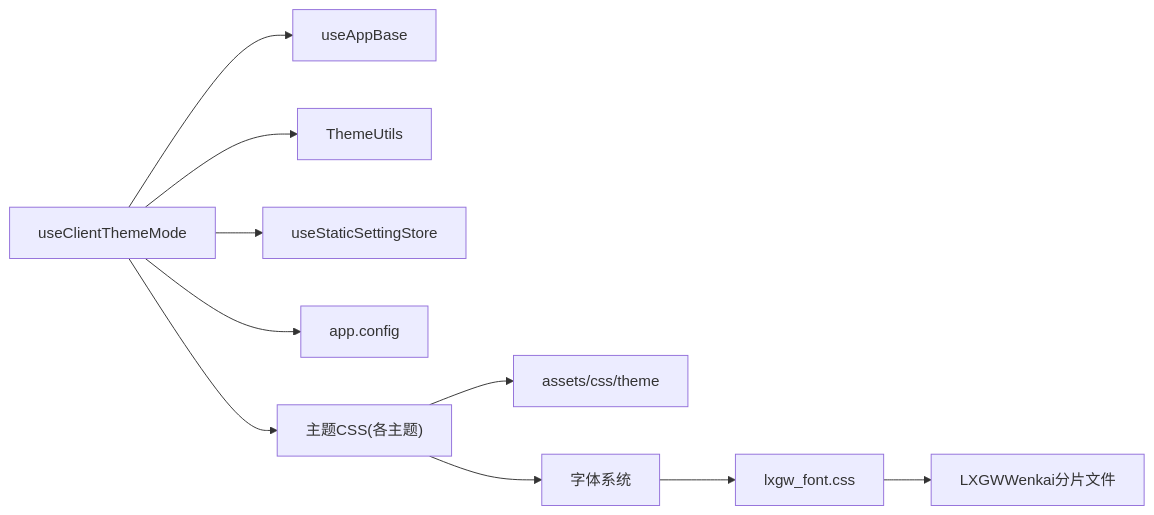
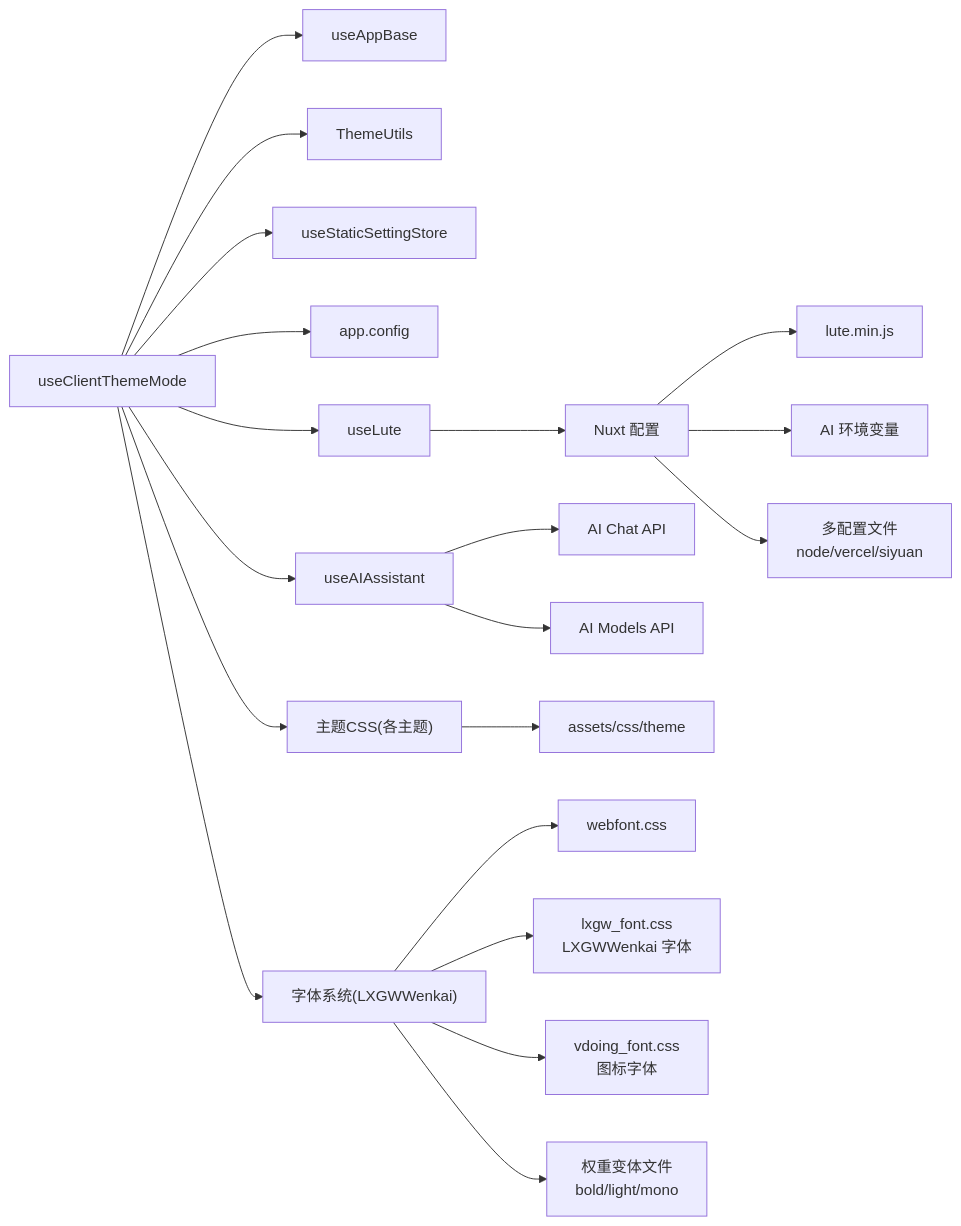
Before and after one commit to terwer/siyuan-plugin-blog: the fourth of 4 diagrams in .qoder/repowiki/zh/content/核心功能/主题系统/主题系统.md, drawn with Mermaid. The commit also changed other lines of this file and 16 other files, not shown here.

````diff
--- a/.qoder/repowiki/zh/content/核心功能/主题系统/主题系统.md
+++ b/.qoder/repowiki/zh/content/核心功能/主题系统/主题系统.md
@@ -347,12 +468,22 @@
 ```mermaid
 graph LR
 CTM["useClientThemeMode"] --> AB["useAppBase"]
 CTM --> TU["ThemeUtils"]
 CTM --> USS["useStaticSettingStore"]
 CTM --> AC["app.config"]
 CTM --> THEME["主题CSS(各主题)"]
+CTM --> FONT["字体系统(LXGWWenkai)"]
+CTM --> LUTE["useLute"]
+CTM --> AI["useAIAssistant"]
+LUTE --> Nuxt["Nuxt 配置"]
+AI --> ChatAPI["AI Chat API"]
+AI --> ModelsAPI["AI Models API"]
 THEME --> STY["assets/css/theme"]
-THEME --> FONT["字体系统"]
-FONT --> LXF["lxgw_font.css"]
-LXF --> LXS["LXGWWenkai分片文件"]
+FONT --> WEBFONT["webfont.css"]
+FONT --> LXGW["lxgw_font.css<br/>LXGWWenkai 字体"]
+FONT --> VDOING["vdoing_font.css<br/>图标字体"]
+FONT --> WEIGHTS["权重变体文件<br/>bold/light/mono"]
+Nuxt --> LUTE_LIB["lute.min.js"]
+Nuxt --> AI_CFG["AI 环境变量"]
+Nuxt --> CONFIGS["多配置文件<br/>node/vercel/siyuan"]
 ```
````
